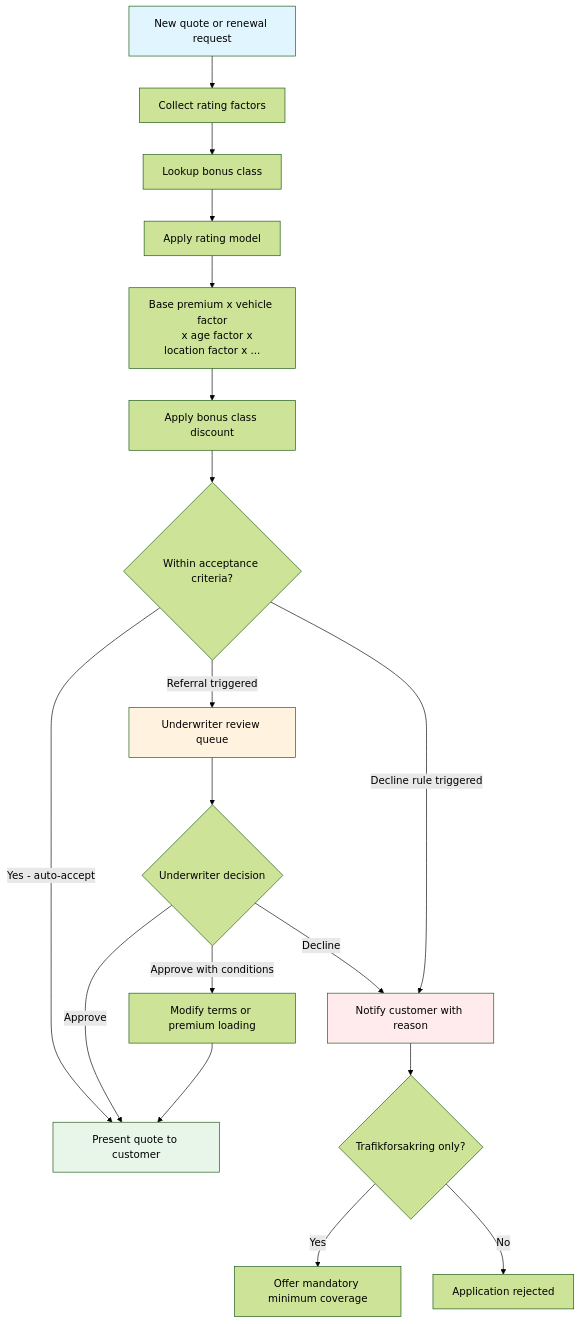
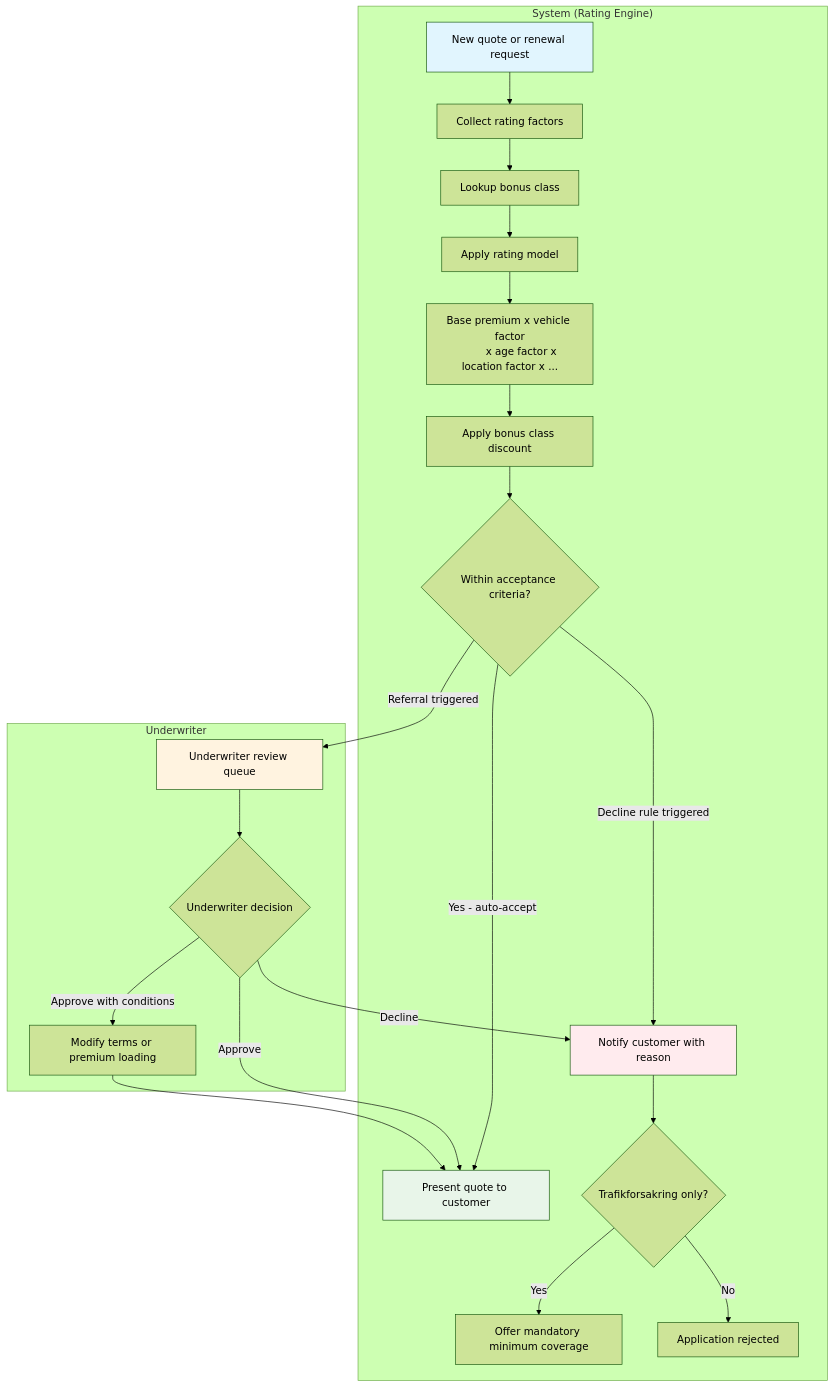
One commit to Agentic-software-factory/insurance-platform-requirements changed the first of 2 diagrams in docs/phase-1-motor/use-cases/underwriting-bonus.md. Above: the diagram before and after it, drawn with Mermaid (forest theme). The commit also changed 13 other files, not shown here.

````diff
--- a/docs/phase-1-motor/use-cases/underwriting-bonus.md
+++ b/docs/phase-1-motor/use-cases/underwriting-bonus.md
@@ -37,26 +37,46 @@
 ```mermaid
 flowchart TD
-    A[New quote or renewal request] --> B[Collect rating factors]
-    B --> C[Lookup bonus class]
-    C --> D[Apply rating model]
-    D --> E["Base premium x vehicle factor
-    x age factor x location factor x ..."]
-    E --> F[Apply bonus class discount]
-    F --> G{Within acceptance criteria?}
-    G -->|Yes - auto-accept| H[Present quote to customer]
-    G -->|Referral triggered| I[Underwriter review queue]
-    I --> J{Underwriter decision}
+    subgraph System["System (Rating Engine)"]
+        A[New quote or renewal request]
+        B[Collect rating factors]
+        C[Lookup bonus class]
+        D[Apply rating model]
+        E["Base premium x vehicle factor
+        x age factor x location factor x ..."]
+        F[Apply bonus class discount]
+        G{Within acceptance criteria?}
+        H[Present quote to customer]
+        L[Notify customer with reason]
+        M{Trafikforsakring only?}
+        N[Offer mandatory minimum coverage]
+        O[Application rejected]
+    end
+    subgraph Underwriter
+        I[Underwriter review queue]
+        J{Underwriter decision}
+        K[Modify terms or premium loading]
+    end
+
+    A --> B
+    B --> C
+    C --> D
+    D --> E
+    E --> F
+    F --> G
+    G -->|Yes - auto-accept| H
+    G -->|Referral triggered| I
+    I --> J
     J -->|Approve| H
-    J -->|Approve with conditions| K[Modify terms or premium loading]
+    J -->|Approve with conditions| K
     K --> H
-    J -->|Decline| L[Notify customer with reason]
+    J -->|Decline| L
     G -->|Decline rule triggered| L
-    L --> M{Trafikforsakring only?}
-    M -->|Yes| N[Offer mandatory minimum coverage]
-    M -->|No| O[Application rejected]
+    L --> M
+    M -->|Yes| N
+    M -->|No| O
 
     style A fill:#e1f5fe
     style H fill:#e8f5e9
     style L fill:#ffebee
     style I fill:#fff3e0
 ```
````
